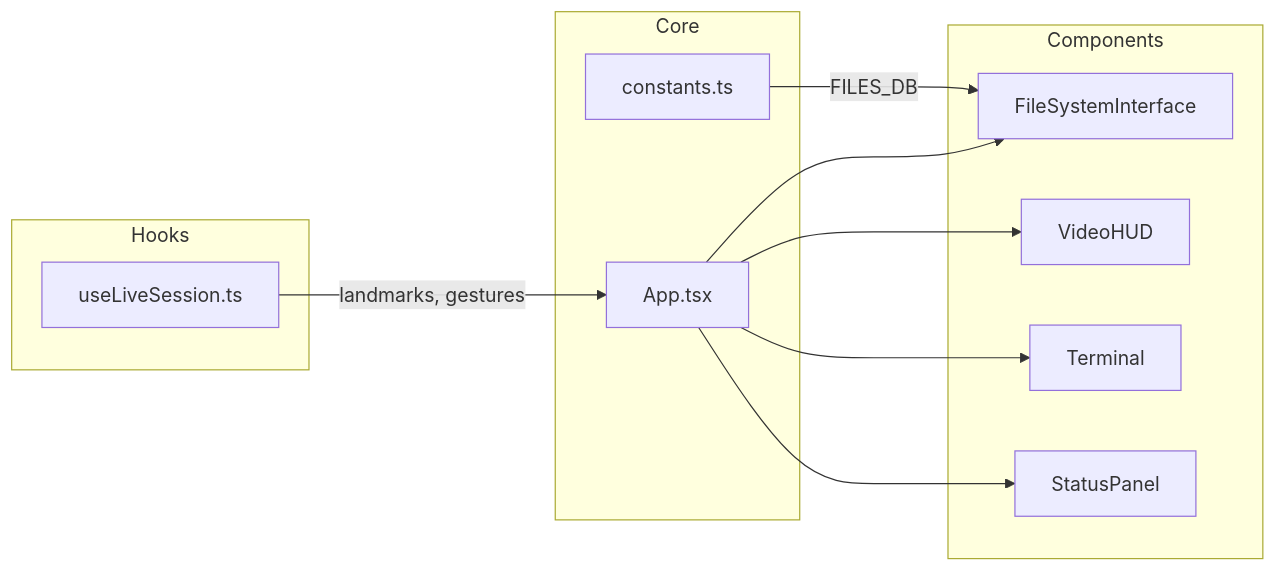
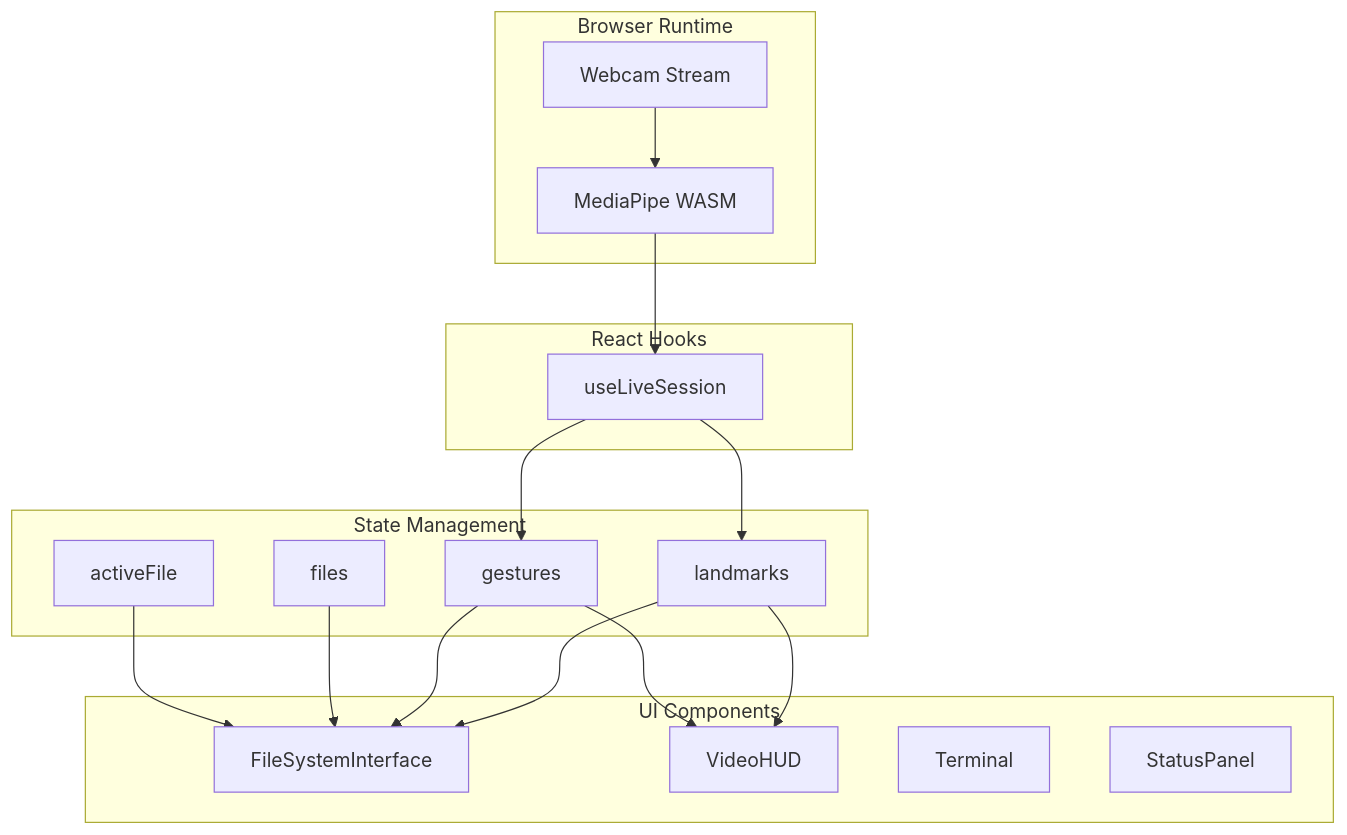
One commit to xinhuagu/MotionFlow-Development changed the second of 2 diagrams in README.md. Above: the diagram before and after it, drawn with Mermaid. The commit also changed other lines of this file, not shown here.

First line of the commit message:
docs: Enhance README with accurate info and detailed architecture

````diff
--- a/README.md
+++ b/README.md
@@ -61,25 +82,36 @@
 ```mermaid
-graph LR
-    subgraph Hooks
-        H1[useLiveSession.ts]
+graph TB
+    subgraph Browser["Browser Runtime"]
+        CAM[Webcam Stream]
+        MP[MediaPipe WASM]
     end
 
-    subgraph Components
+    subgraph Hooks["React Hooks"]
+        H1[useLiveSession]
+    end
+
+    subgraph State["State Management"]
+        S1[landmarks]
+        S2[gestures]
+        S3[files]
+        S4[activeFile]
+    end
+
+    subgraph UI["UI Components"]
         C1[FileSystemInterface]
         C2[VideoHUD]
         C3[Terminal]
         C4[StatusPanel]
     end
 
-    subgraph Core
-        K1[constants.ts]
-        K2[App.tsx]
-    end
-
-    H1 -->|landmarks, gestures| K2
-    K2 --> C1
-    K2 --> C2
-    K2 --> C3
-    K2 --> C4
-    K1 -->|FILES_DB| C1
+    CAM --> MP
+    MP --> H1
+    H1 --> S1
+    H1 --> S2
+    S1 --> C1
+    S2 --> C1
+    S3 --> C1
+    S4 --> C1
+    S1 --> C2
+    S2 --> C2
 ```
````
